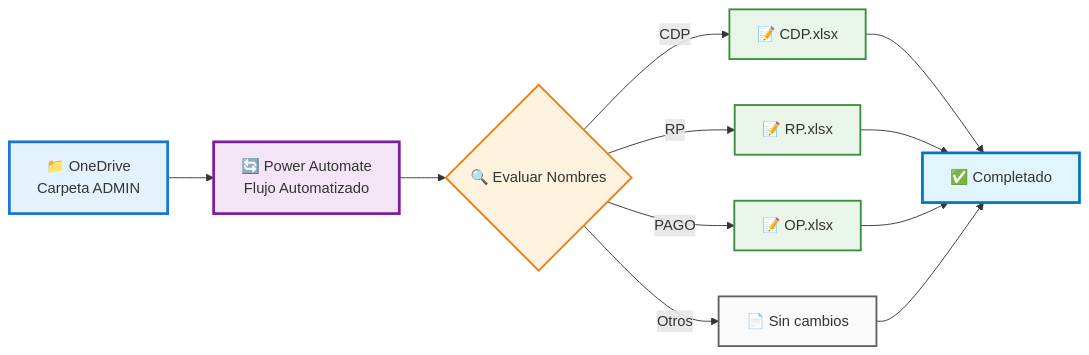
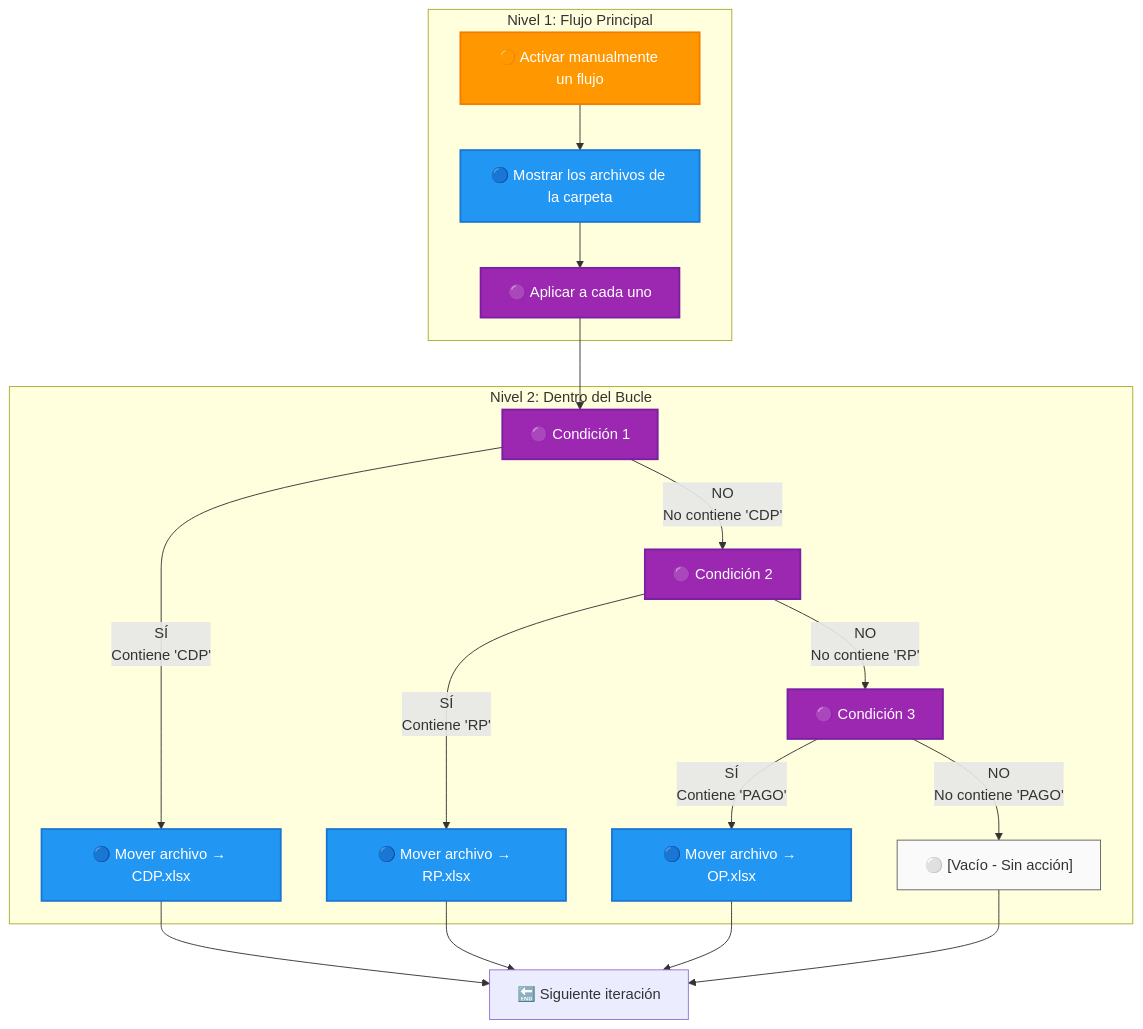
The seventh of 7 diagrams in flujo_presupuesto/diagrama_flujo_power_automate.md (melqui16rv/automatizaciones), drawn with Mermaid before and after one commit. The commit also changed other lines of this file and 1 other file, not shown here.

Commit message:
explicación flujo presupuesto - validación y cambio de nombre de los archivos -5

````diff
--- a/flujo_presupuesto/diagrama_flujo_power_automate.md
+++ b/flujo_presupuesto/diagrama_flujo_power_automate.md
@@ -499,29 +301,46 @@
 ```mermaid
-flowchart LR
-    A[📁 OneDrive<br/>Carpeta ADMIN] --> B[🔄 Power Automate<br/>Flujo Automatizado]
-    B --> C{🔍 Evaluar Nombres}
+flowchart TD
+    subgraph "Nivel 1: Flujo Principal"
+        A["🟠 Activar manualmente un flujo"]
+        B["🔵 Mostrar los archivos de la carpeta"]
+        C["🟣 Aplicar a cada uno"]
+    end
     
-    C -->|CDP| D[📝 CDP.xlsx]
-    C -->|RP| E[📝 RP.xlsx]
-    C -->|PAGO| F[📝 OP.xlsx]
-    C -->|Otros| G[📄 Sin cambios]
+    subgraph "Nivel 2: Dentro del Bucle"
+        D["🟣 Condición 1"]
+        E["🔵 Mover archivo → CDP.xlsx"]
+        F["🟣 Condición 2"]
+        G["🔵 Mover archivo → RP.xlsx"]
+        H["🟣 Condición 3"]
+        I["🔵 Mover archivo → OP.xlsx"]
+        J["⚪ [Vacío - Sin acción]"]
+    end
     
-    D --> H[✅ Completado]
-    E --> H
-    F --> H
-    G --> H
+    A --> B
+    B --> C
+    C --> D
     
-    classDef source fill:#e3f2fd,stroke:#1976d2,stroke-width:3px
-    classDef processor fill:#f3e5f5,stroke:#7b1fa2,stroke-width:3px
-    classDef decision fill:#fff3e0,stroke:#f57c00,stroke-width:2px
-    classDef success fill:#e8f5e8,stroke:#388e3c,stroke-width:2px
-    classDef neutral fill:#fafafa,stroke:#616161,stroke-width:2px
-    classDef complete fill:#e1f5fe,stroke:#0277bd,stroke-width:3px
+    D -->|"SÍ<br/>Contiene 'CDP'"| E
+    D -->|"NO<br/>No contiene 'CDP'"| F
     
-    class A source
-    class B processor
-    class C decision
-    class D,E,F success
-    class G neutral
-    class H complete
+    F -->|"SÍ<br/>Contiene 'RP'"| G
+    F -->|"NO<br/>No contiene 'RP'"| H
+    
+    H -->|"SÍ<br/>Contiene 'PAGO'"| I
+    H -->|"NO<br/>No contiene 'PAGO'"| J
+    
+    E --> K["🔚 Siguiente iteración"]
+    G --> K
+    I --> K
+    J --> K
+    
+    classDef trigger fill:#ff9800,color:#ffffff,stroke:#f57c00,stroke-width:2px
+    classDef action fill:#2196f3,color:#ffffff,stroke:#1976d2,stroke-width:2px
+    classDef control fill:#9c27b0,color:#ffffff,stroke:#7b1fa2,stroke-width:2px
+    classDef empty fill:#fafafa,stroke:#616161,stroke-width:1px
+    
+    class A trigger
+    class B,E,G,I action
+    class C,D,F,H control
+    class J empty
 ```
````
